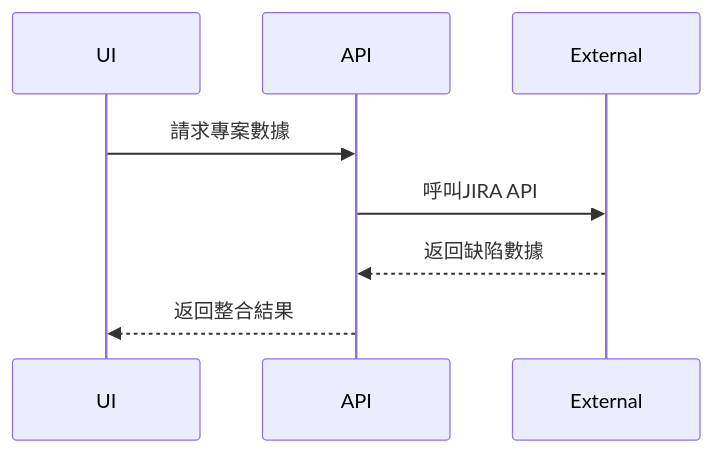
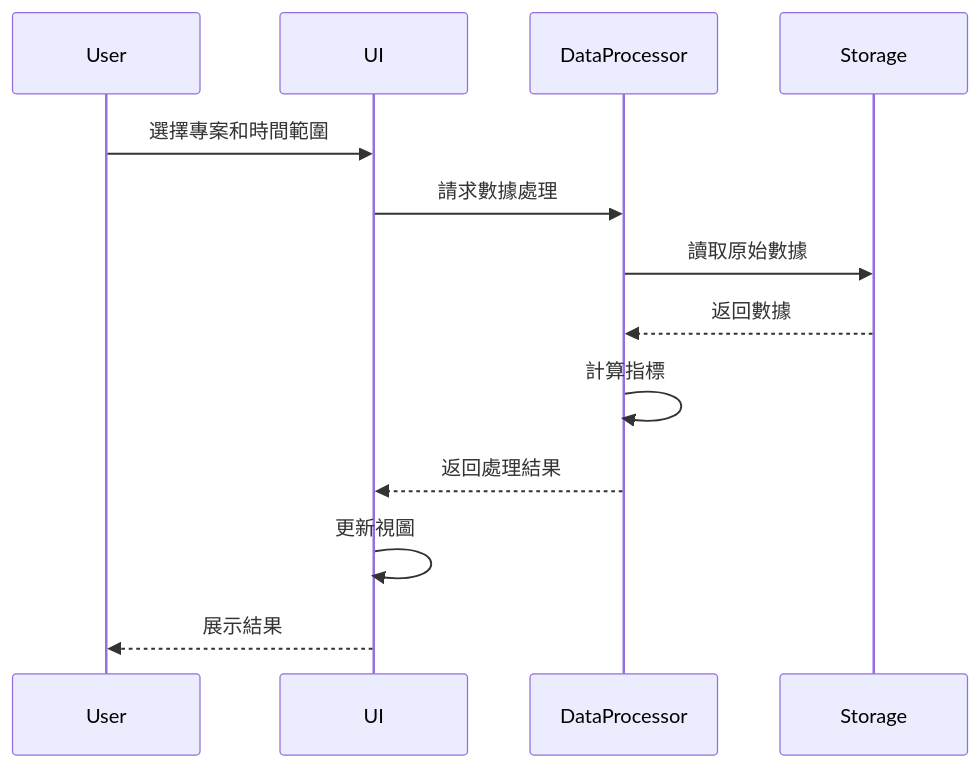
Before and after one commit to swchen44/swquality_dashboard: the second of 2 diagrams in DESIGN.md, drawn with Mermaid. The commit also changed other lines of this file and 7 other files, not shown here.

````diff
--- a/DESIGN.md
+++ b/DESIGN.md
@@ -54,10 +95,16 @@
 ```mermaid
 sequenceDiagram
+    participant User
     participant UI
-    participant API
-    participant External
-    UI->>API: 請求專案數據
-    API->>External: 呼叫JIRA API
-    External-->>API: 返回缺陷數據
-    API-->>UI: 返回整合結果
+    participant DataProcessor
+    participant Storage
+    
+    User->>UI: 選擇專案和時間範圍
+    UI->>DataProcessor: 請求數據處理
+    DataProcessor->>Storage: 讀取原始數據
+    Storage-->>DataProcessor: 返回數據
+    DataProcessor->>DataProcessor: 計算指標
+    DataProcessor-->>UI: 返回處理結果
+    UI->>UI: 更新視圖
+    UI-->>User: 展示結果
 ```
````
